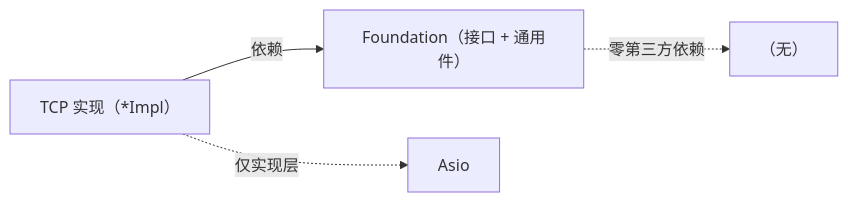
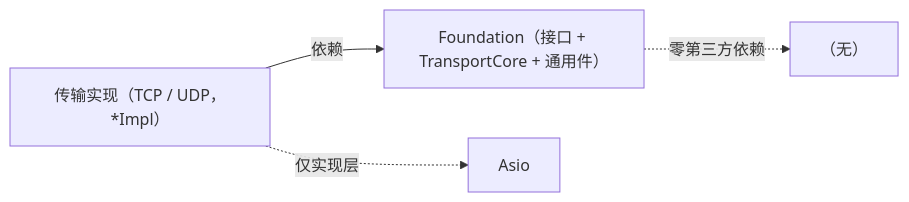
The second of 4 diagrams in docs/superpowers/specs/2026-06-10-foundation-tcp-architecture.md (Ste7an-cs/Transport), drawn with Mermaid before and after one commit. The commit also changed other lines of this file and 1 other file, not shown here.

Commit message:
docs: 重构落定——主 spec §3.4 与 as-built 架构文档改用 TransportCore 组合，并补入 UDP（类图/时序图/依赖说明）

````diff
--- a/docs/superpowers/specs/2026-06-10-foundation-tcp-architecture.md
+++ b/docs/superpowers/specs/2026-06-10-foundation-tcp-architecture.md
@@ -150,6 +184,6 @@
 ```mermaid
 flowchart LR
-  TCP["TCP 实现（*Impl）"] -->|依赖| FND["Foundation（接口 + 通用件）"]
-  TCP -.->|仅实现层| asio["Asio"]
+  Impl["传输实现（TCP / UDP，*Impl）"] -->|依赖| FND["Foundation（接口 + TransportCore + 通用件）"]
+  Impl -.->|仅实现层| asio["Asio"]
   FND -.->|零第三方依赖| none["（无）"]
 ```
````
